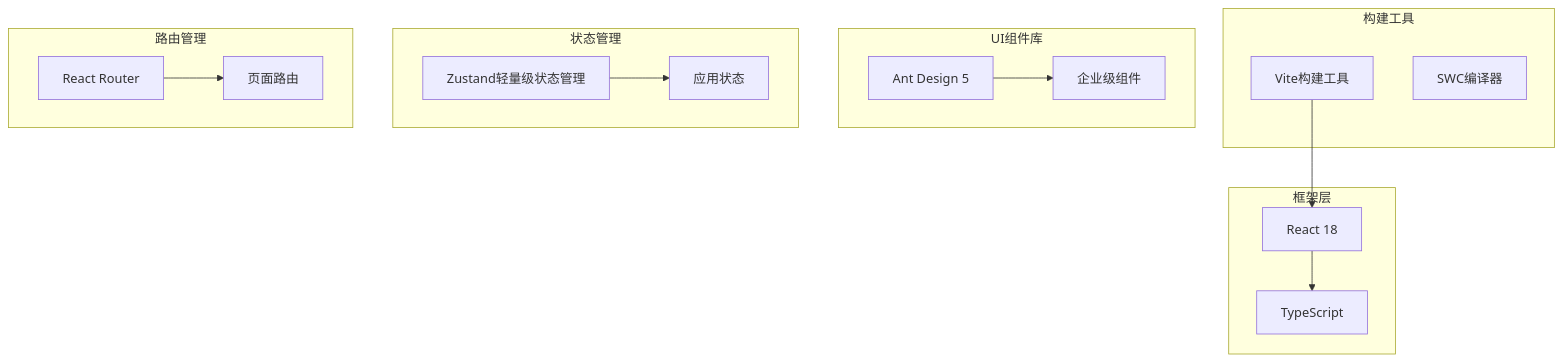
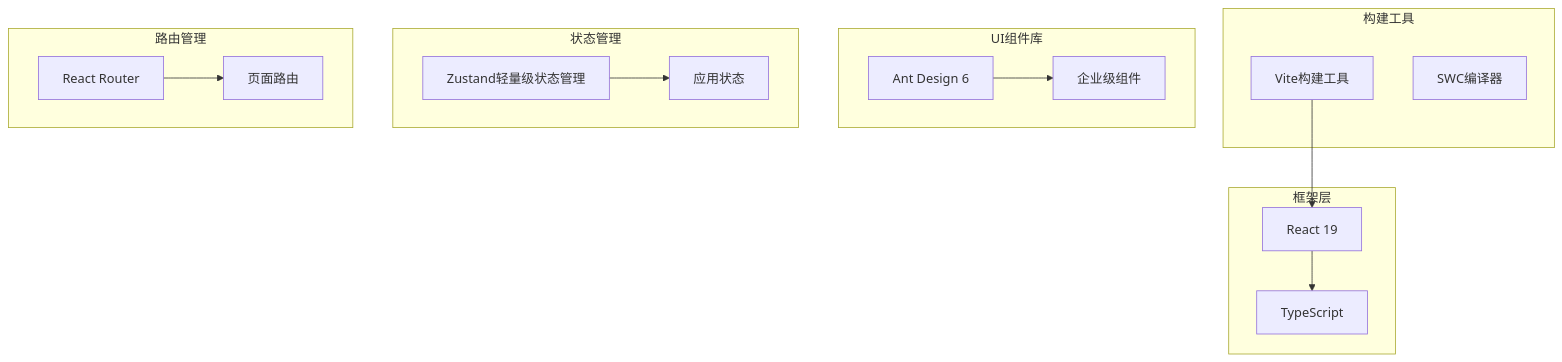
Diagram 15 of 18 in .qoder/repowiki/zh/content/核心功能开发/多源基金估值系统.md (gree-coder/fund-butler), drawn with Mermaid before and after one commit. The commit also changed other lines of this file and 34 other files, not shown here.

````diff
--- a/.qoder/repowiki/zh/content/核心功能开发/多源基金估值系统.md
+++ b/.qoder/repowiki/zh/content/核心功能开发/多源基金估值系统.md
@@ -676,28 +729,28 @@
 ```mermaid
 graph TB
 subgraph "构建工具"
 Vite[Vite构建工具]
 SWC[SWC编译器]
 end
 subgraph "框架层"
-React[React 18]
+React[React 19]
 TS[TypeScript]
 end
 subgraph "UI组件库"
-AntD[Ant Design 5]
+AntD[Ant Design 6]
 Components[企业级组件]
 end
 subgraph "状态管理"
 Zustand[Zustand轻量级状态管理]
 Store[应用状态]
 end
 subgraph "路由管理"
 Router[React Router]
 Pages[页面路由]
 end
 Vite --> React
 React --> TS
 AntD --> Components
 Zustand --> Store
 Router --> Pages
 ```
````
